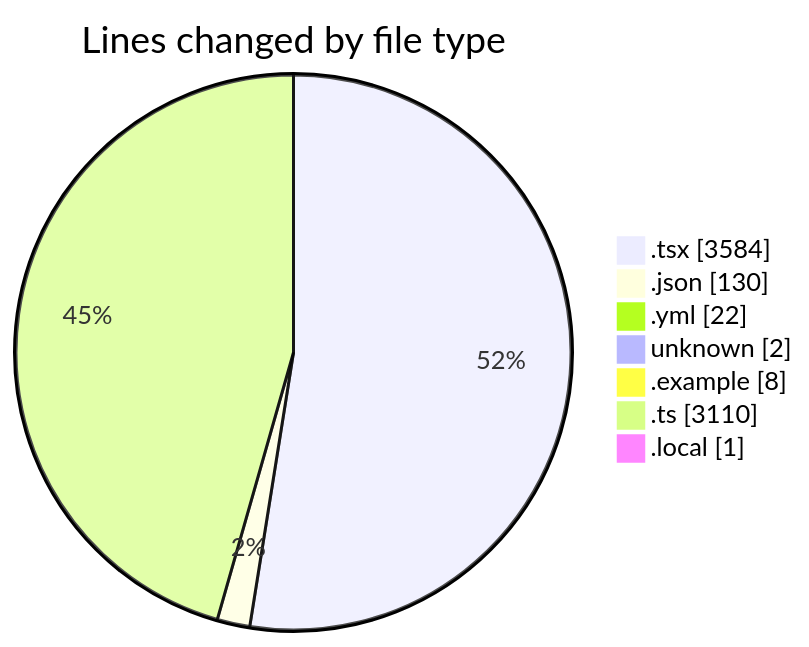
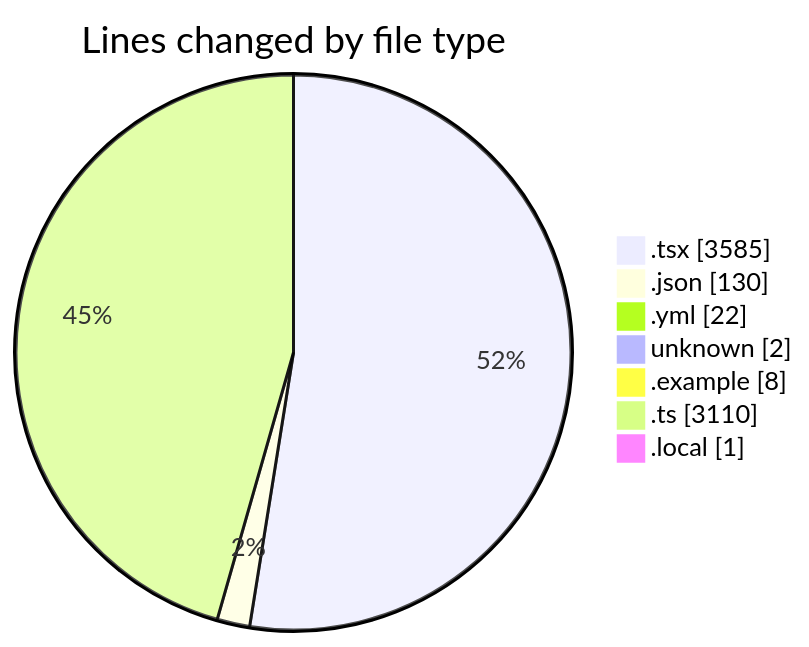
Before and after one commit to julien-gomy/code-tracking: the first of 2 diagrams in 2025-11-21/eventscop-frontend-guide__workspace_/README.md, drawn with Mermaid. The commit also changed other lines of this file and 1 other file, not shown here.

````diff
--- a/2025-11-21/eventscop-frontend-guide__workspace_/README.md
+++ b/2025-11-21/eventscop-frontend-guide__workspace_/README.md
@@ -64,11 +64,11 @@
 ```mermaid
 pie showData
 title Lines changed by file type
-".tsx" : 3584
+".tsx" : 3585
 ".json" : 130
 ".yml" : 22
 "unknown" : 2
 ".example" : 8
 ".ts" : 3110
 ".local" : 1
 ```
````
